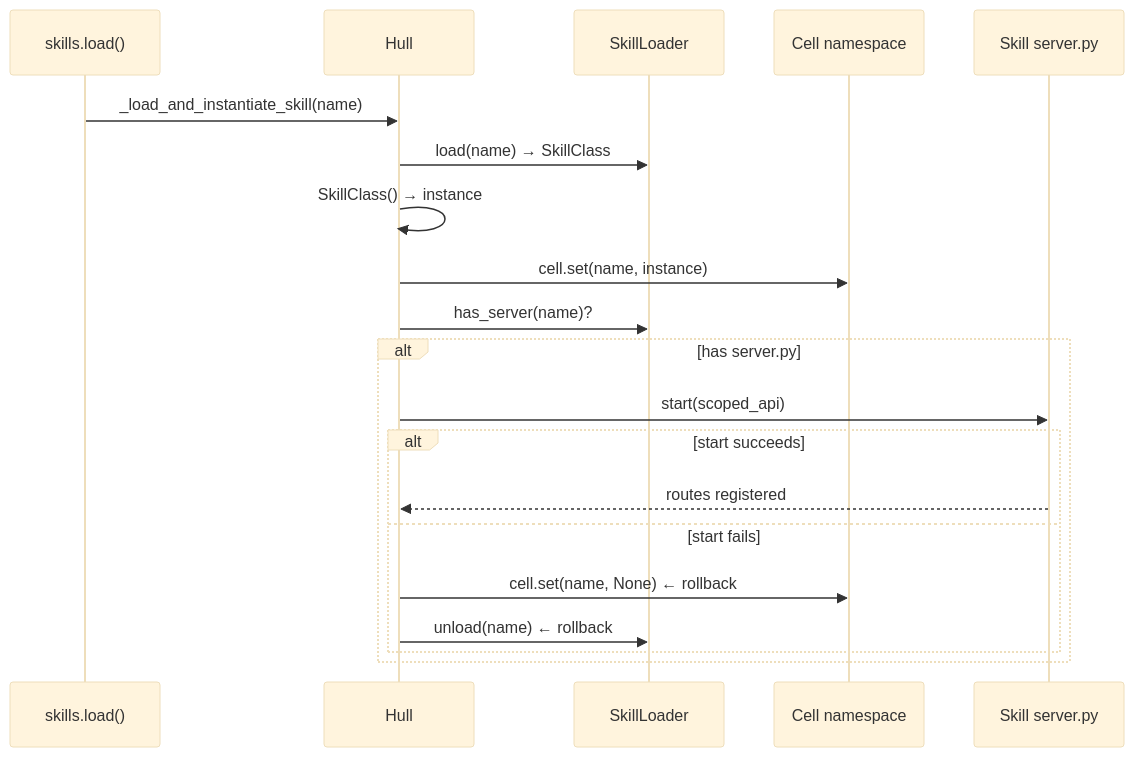
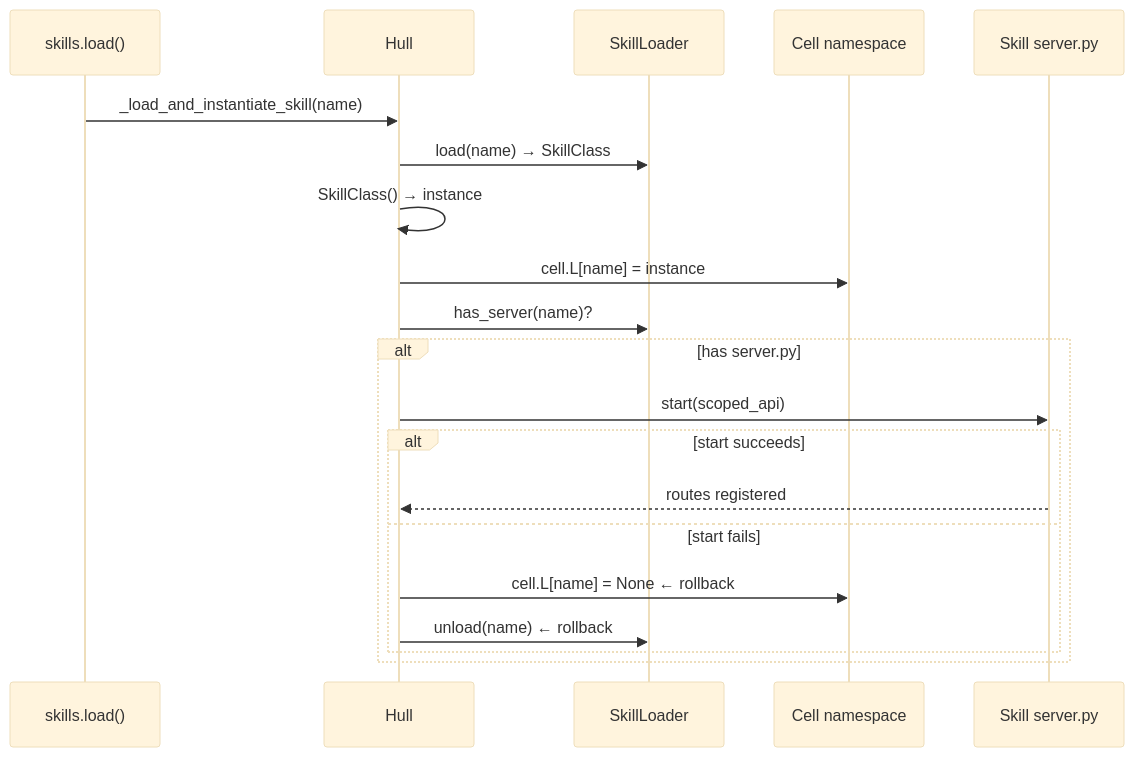
Before and after one commit to vessal-ai/vessal: the second of 3 diagrams in src/vessal/ark/shell/hull/CONTEXT.md, drawn with Mermaid (base theme). The commit also changed other lines of this file and 4 other files, not shown here.

````diff
--- a/src/vessal/ark/shell/hull/CONTEXT.md
+++ b/src/vessal/ark/shell/hull/CONTEXT.md
@@ -52,24 +52,24 @@
 ```mermaid
 sequenceDiagram
     participant Skills as skills.load()
     participant Hull
     participant SM as SkillLoader
     participant NS as Cell namespace
     participant Server as Skill server.py
 
     Skills->>Hull: _load_and_instantiate_skill(name)
     Hull->>SM: load(name) → SkillClass
     Hull->>Hull: SkillClass() → instance
-    Hull->>NS: cell.set(name, instance)
+    Hull->>NS: cell.L[name] = instance
 
     Hull->>SM: has_server(name)?
     alt has server.py
         Hull->>Server: start(scoped_api)
         alt start succeeds
             Server-->>Hull: routes registered
         else start fails
-            Hull->>NS: cell.set(name, None)  ← rollback
+            Hull->>NS: cell.L[name] = None  ← rollback
             Hull->>SM: unload(name)          ← rollback
         end
     end
 ```
````
